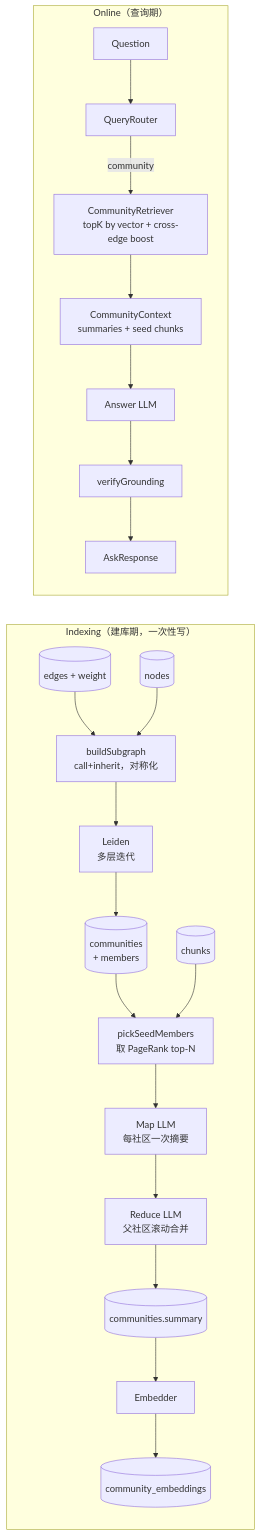
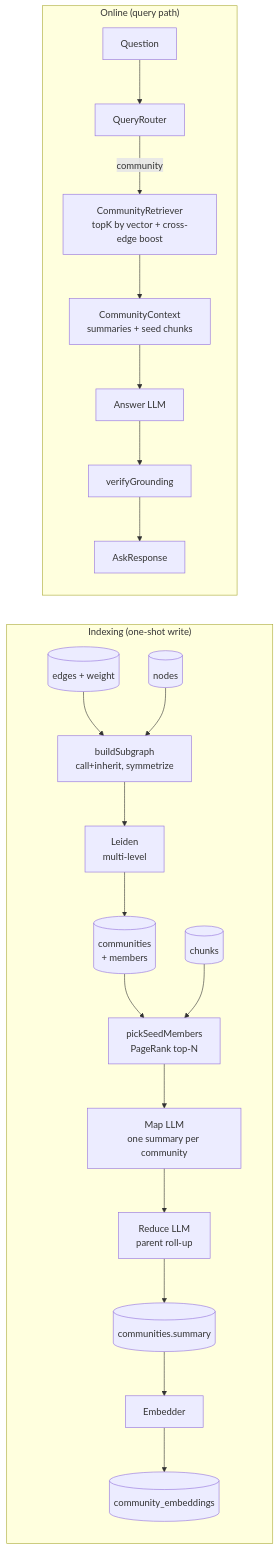
One commit to AndyUneducated/repo-sage changed the first of 2 diagrams in docs/plans/phase-3-graphrag.md. Above: the diagram before and after it, drawn with Mermaid. The commit also changed other lines of this file and 14 other files, not shown here.

````diff
--- a/docs/plans/phase-3-graphrag.md
+++ b/docs/plans/phase-3-graphrag.md
@@ -43,25 +43,25 @@
 ```mermaid
 flowchart LR
-  subgraph Indexing["Indexing（建库期，一次性写）"]
-    Edges[(edges + weight)] --> Subgraph[buildSubgraph<br/>call+inherit，对称化]
+  subgraph Indexing["Indexing (one-shot write)"]
+    Edges[(edges + weight)] --> Subgraph[buildSubgraph<br/>call+inherit, symmetrize]
     Nodes[(nodes)] --> Subgraph
-    Subgraph --> Leiden[Leiden<br/>多层迭代]
+    Subgraph --> Leiden[Leiden<br/>multi-level]
     Leiden --> Communities[(communities<br/>+ members)]
-    Communities --> SeedPick[pickSeedMembers<br/>取 PageRank top-N]
+    Communities --> SeedPick[pickSeedMembers<br/>PageRank top-N]
     Chunks[(chunks)] --> SeedPick
-    SeedPick --> MapLLM[Map LLM<br/>每社区一次摘要]
-    MapLLM --> Reduce[Reduce LLM<br/>父社区滚动合并]
+    SeedPick --> MapLLM[Map LLM<br/>one summary per community]
+    MapLLM --> Reduce[Reduce LLM<br/>parent roll-up]
     Reduce --> Summary[(communities.summary)]
     Summary --> EmbedSum[Embedder]
     EmbedSum --> CEmb[(community_embeddings)]
   end
 
-  subgraph Online["Online（查询期）"]
+  subgraph Online["Online (query path)"]
     Q[Question] --> Router[QueryRouter]
     Router -->|"community"| CR[CommunityRetriever<br/>topK by vector + cross-edge boost]
     CR --> CommunityCtx[CommunityContext<br/>summaries + seed chunks]
     CommunityCtx --> LLMAns[Answer LLM]
     LLMAns --> Ground[verifyGrounding]
     Ground --> Resp[AskResponse]
   end
 ```
````
